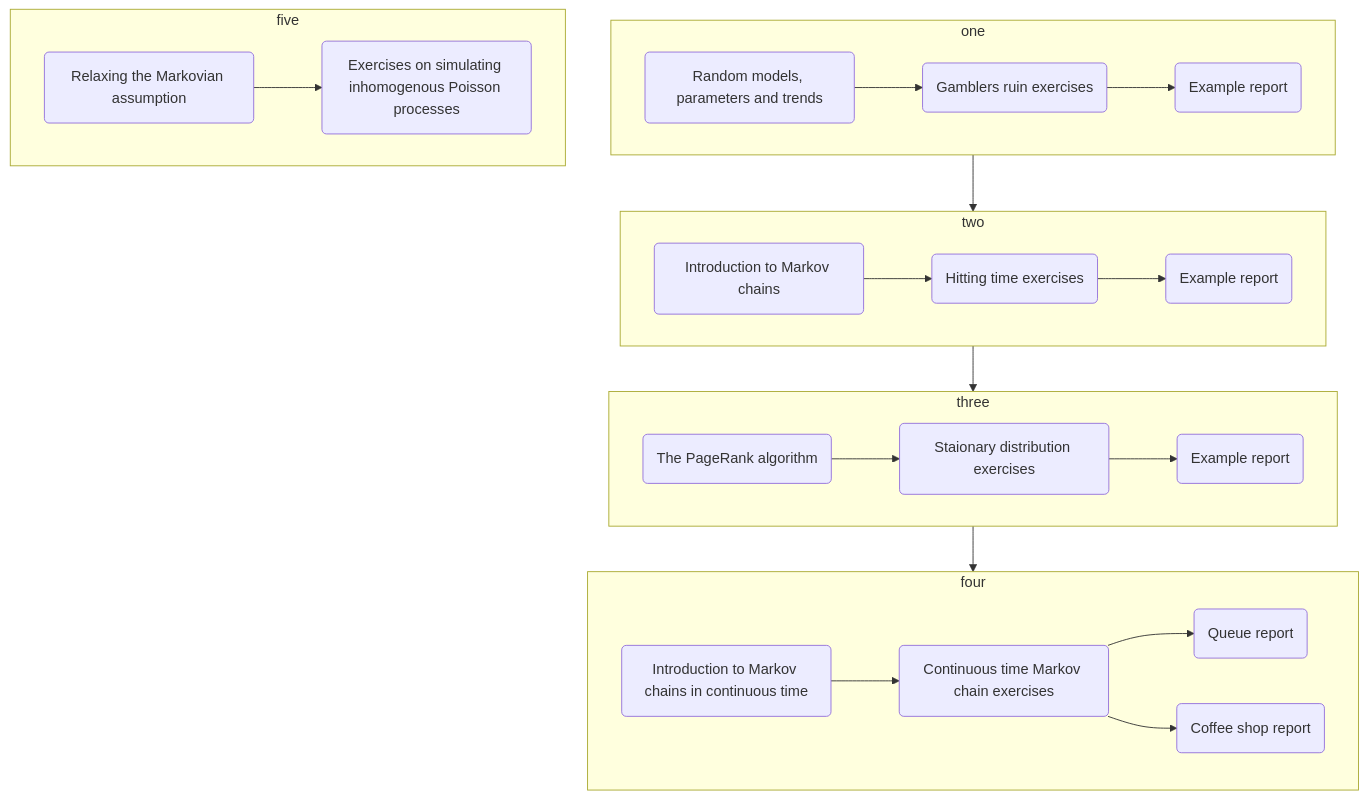
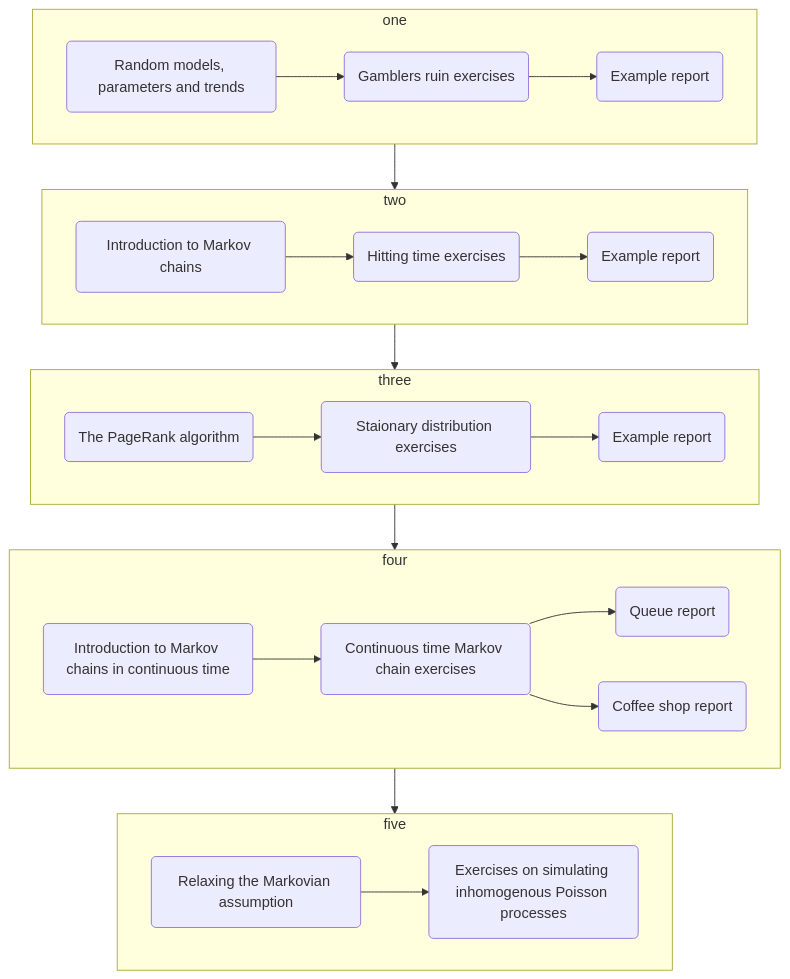
One commit to autofeedback-exercises/website changed the diagram in Stochastic_processes.md. Above: the diagram before and after it, drawn with Mermaid.

````diff
--- a/Stochastic_processes.md
+++ b/Stochastic_processes.md
@@ -12,46 +12,47 @@
 ```mermaid
 flowchart TD
    subgraph one
       direction LR
       intro("Random models, parameters and trends") --> gr("Gamblers ruin exercises")
       gr --> rep1("Example report") 
    end
    subgraph two
       direction LR
       vid("Introduction to Markov chains") --> ht("Hitting time exercises")
       ht --> rep2("Example report")
    end
    one --> two
    subgraph three
       direction LR
       back("The PageRank algorithm") --> sd("Staionary distribution exercises")
       sd --> rep3("Example report")
    end
    two --> three
    subgraph four
       direction LR
       vid2("Introduction to Markov chains in continuous time") --> ctm("Continuous time Markov chain exercises")
       ctm --> rep4("Queue report")
       ctm --> rep5("Coffee shop report")
    end
    three --> four
    subgraph five
       direction LR
       vid3("Relaxing the Markovian assumption") --> inhomo("Exercises on simulating inhomogenous Poisson processes")
    end
+   four --> five
    click intro "stochastic/intro.html" "A discussion of when we say that a parameter has a statistically significant effect on a random model"
    click gr "https://colab.research.google.com/github/autofeedback-exercises/exercises/blob/main/New-SOR3012/Trends/Trends.ipynb" "Programming exercises that introduce you to a model for gambling in a game like roulette"
    click rep1 "stochastic/report1.pdf" "An example report showing one thing that can be investigated with the Gamblers ruin model that was introduced during the programming exercises"
    click vid "https://www.youtube.com/watch?v=1meaW5GxUbY" "A video introducing the Markov property"
    click ht "https://colab.research.google.com/github/autofeedback-exercises/exercises/blob/main/New-SOR3012/Markov_hitting_times/Markov_hitting_times.ipynb" "Programming exercises that teach you to simulate Markov chains"
    click rep2 "stochastic/report2.pdf" "Example report on calculating hitting times and hitting probabilities for a Markov chain"
    click back "stochastic/pagerank.html" "A discussion of a valuable application of the theory of Markov chains in discrete time"
    click sd "https://colab.research.google.com/github/autofeedback-exercises/exercises/blob/main/New-SOR3012/Markov_stationary_distribution/Markov_stationary_distribution.ipynb" "Programming exercises on calculating the stationary distribution of a Markov chain"
    click rep3 "stochastic/report3.pdf" "Example report on calculating and then reporting the stationary distribution of a Markov chain"
    click vid2 "https://www.youtube.com/watch?v=tbA2DnKTRxM" "A video introducing the theory of Markov chains in continuous time"
    click ctm "https://colab.research.google.com/github/autofeedback-exercises/exercises/blob/main/New-SOR3012/Event_based_simulation/Event_based_simulation.ipynb" "Exercises on Markov chains in continuous times and Queues"
    click rep4 "stochastic/report4.pdf" "An example report showing how we can analyse a simulation of a queue"
    click rep5 "stochastic/report5.pdf" "An example report demonstrating how we can simulate a coffee shop using event driven simulation"
    click vid3 "https://www.youtube.com/watch?v=q2843QDkb1Q" "A video introducing the inhomogeneous Poisson process"
    click inhomo "https://colab.research.google.com/github/autofeedback-exercises/exercises/blob/main/New-SOR3012/Inhomogeneity/Inhomogenity.ipynb" "Exercises on simulating inhomogeneous Poisson processes"
 ```
````
